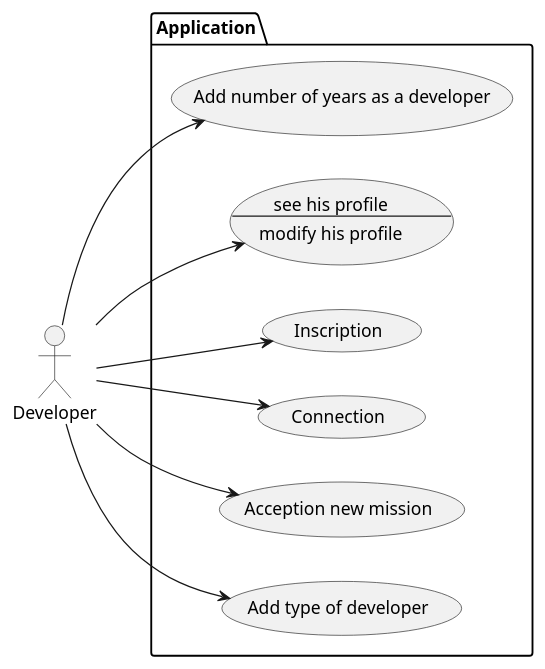
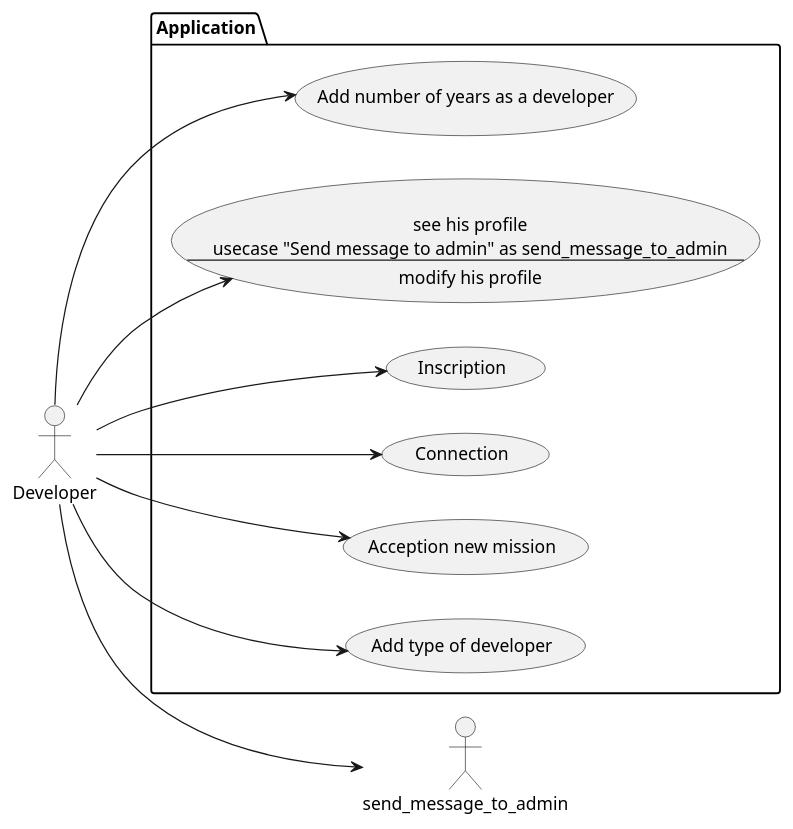
The diagram in docs/usecases/developer_usecases.plantuml (Loic-Jhs/deverr-back), drawn with PlantUML before and after one commit. The commit also changed 5 other files, not shown here.

```diff
--- a/docs/usecases/developer_usecases.plantuml
+++ b/docs/usecases/developer_usecases.plantuml
@@ -1,22 +1,24 @@
 @startuml Developer
 left to right direction
 
 :Developer: as dev
 
 package Application {
     usecase "Inscription" as inscription
     usecase "Connection" as connection
     usecase "Acception new mission" as accept_mission
     usecase "Add type of developer" as add_type_of_developer
     usecase "Add number of years as a developer" as add_number_of_years
     usecase see_profile as  "see his profile
+    usecase "Send message to admin" as send_message_to_admin
     --
     modify his profile"
 }
 dev --> connection
 dev --> inscription
 dev --> accept_mission
 dev --> add_type_of_developer
 dev -> add_number_of_years
 dev -> see_profile
+dev --> send_message_to_admin
 @enduml
```
